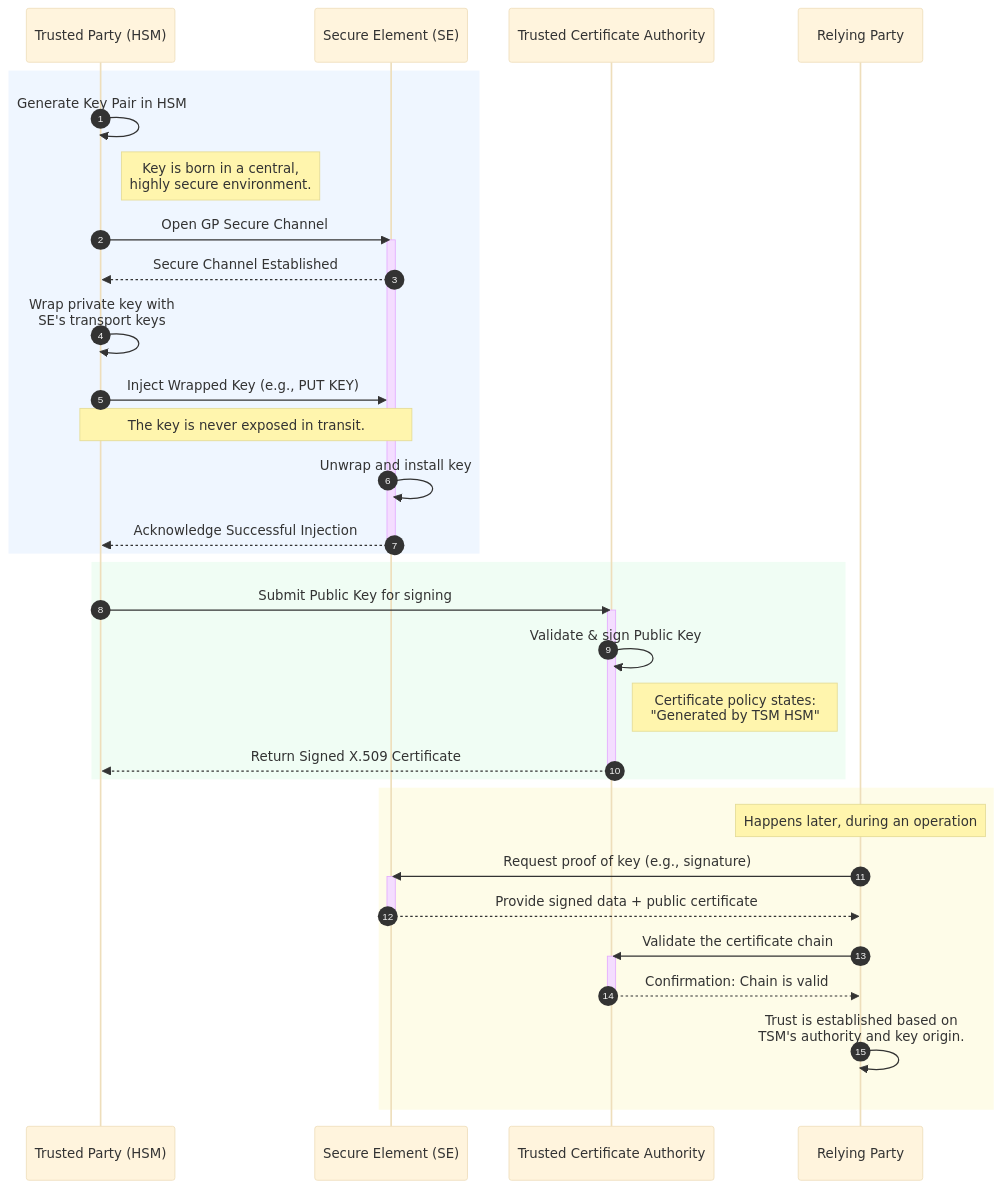
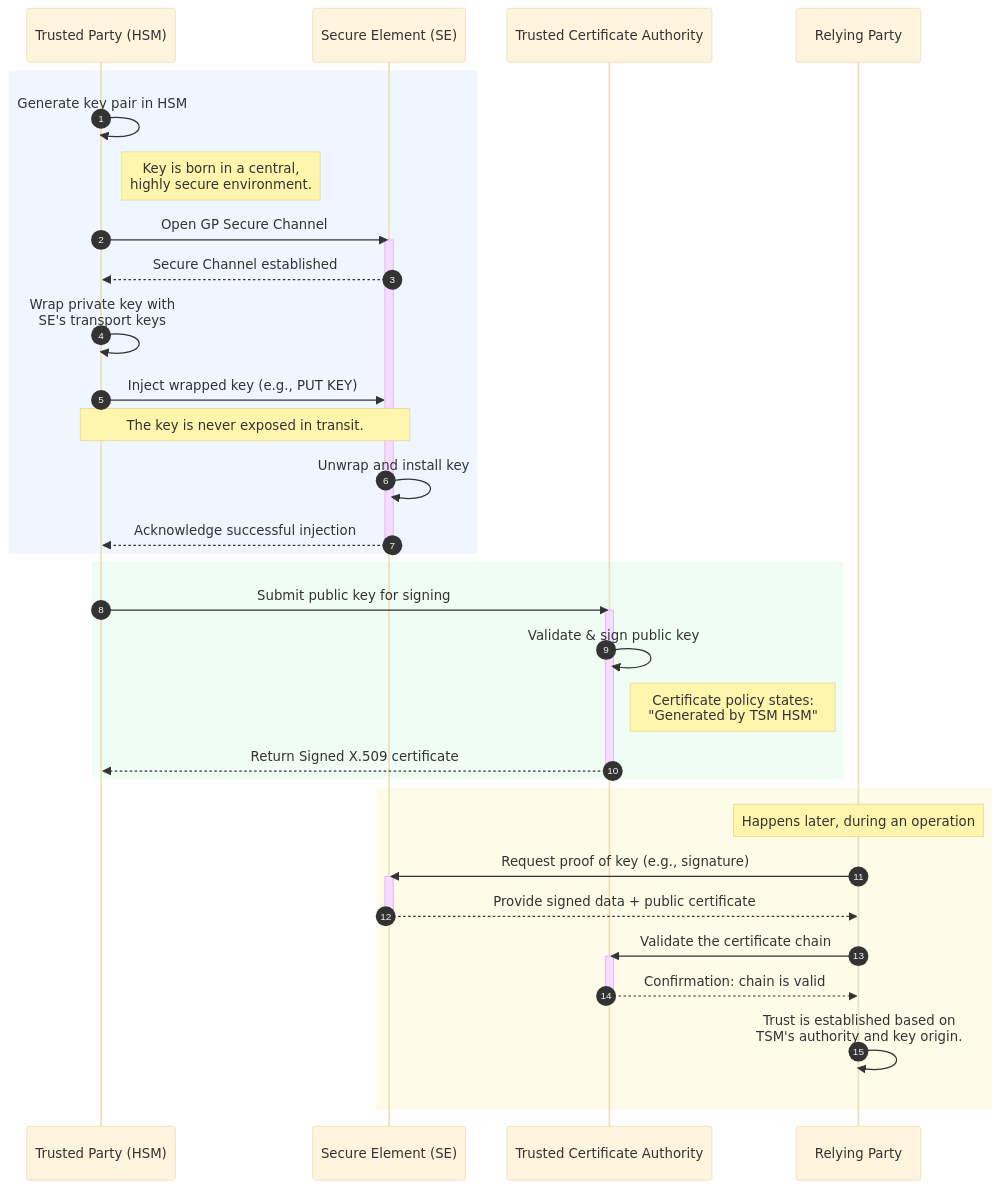
Before and after one commit to nnworkspace/android-key-attestation: the second of 2 diagrams in slides.md, drawn with Mermaid (base theme). The commit also changed other lines of this file, not shown here.

Commit message:
make the case consistent in mermaid sequence diagrams.

````diff
--- a/slides.md
+++ b/slides.md
@@ -260,51 +260,51 @@
 ```mermaid
 sequenceDiagram
     autonumber
     participant TSM as Trusted Party (HSM)
     participant SE as Secure Element (SE)
     participant CA as Trusted Certificate Authority
     participant RP as Relying Party
 
     %% -- 1. Central Key Generation & Secure Injection --
     rect rgb(239, 246, 255)
-        TSM->>TSM: Generate Key Pair in HSM
+        TSM->>TSM: Generate key pair in HSM
         note right of TSM: Key is born in a central,<br/>highly secure environment.
 
         TSM->>SE: Open GP Secure Channel
         activate SE
-        SE-->>TSM: Secure Channel Established
+        SE-->>TSM: Secure Channel established
 
         TSM->>TSM: Wrap private key with<br/>SE's transport keys
-        TSM->>SE: Inject Wrapped Key (e.g., PUT KEY)
+        TSM->>SE: Inject wrapped key (e.g., PUT KEY)
         note over TSM, SE: The key is never exposed in transit.
         SE->>SE: Unwrap and install key
-        SE-->>TSM: Acknowledge Successful Injection
+        SE-->>TSM: Acknowledge successful injection
         deactivate SE
     end
 
     %% -- 2. Certificate Issuance --
     rect rgb(240, 253, 244)
-        TSM->>CA: Submit Public Key for signing
+        TSM->>CA: Submit public key for signing
         activate CA
-        CA->>CA: Validate & sign Public Key
+        CA->>CA: Validate & sign public key
         note right of CA: Certificate policy states:<br/>"Generated by TSM HSM"
-        CA-->>TSM: Return Signed X.509 Certificate
+        CA-->>TSM: Return Signed X.509 certificate
         deactivate CA
     end
 
     %% -- 3. Later Validation by a Relying Party --
     rect rgb(254, 252, 232)
         note over RP: Happens later, during an operation
         RP->>SE: Request proof of key (e.g., signature)
         activate SE
         SE-->>RP: Provide signed data + public certificate
         deactivate SE
 
         RP->>CA: Validate the certificate chain
         activate CA
-        CA-->>RP: Confirmation: Chain is valid
+        CA-->>RP: Confirmation: chain is valid
         deactivate CA
 
         RP->>RP: Trust is established based on<br/>TSM's authority and key origin.
     end
 ```
````
